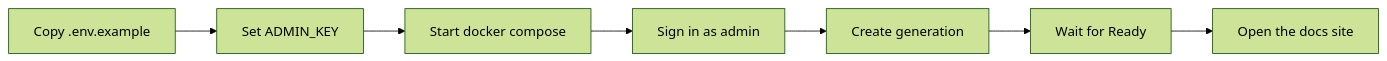
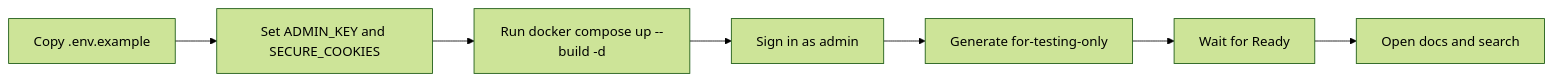
The diagram in docs/generate-your-first-docs-site.md (myk-org/docsfy), drawn with Mermaid (forest theme) before and after one commit. The commit also changed other lines of this file and 42 other files, not shown here.

````diff
--- a/docs/generate-your-first-docs-site.md
+++ b/docs/generate-your-first-docs-site.md
@@ -43,9 +111,9 @@
 ```mermaid
 flowchart LR
-  A[Copy .env.example] --> B[Set ADMIN_KEY]
-  B --> C[Start docker compose]
+  A[Copy .env.example] --> B[Set ADMIN_KEY and SECURE_COOKIES]
+  B --> C[Run docker compose up --build -d]
   C --> D[Sign in as admin]
-  D --> E[Create generation]
+  D --> E[Generate for-testing-only]
   E --> F[Wait for Ready]
-  F --> G[Open the docs site]
+  F --> G[Open docs and search]
 ```
````
